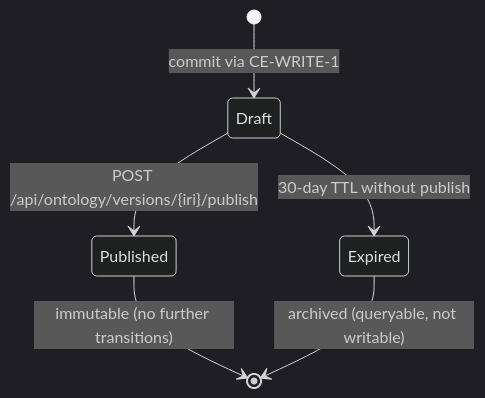
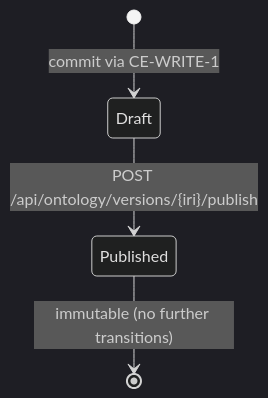
Before and after one commit to gazzwi86/weave: the diagram in docs/specs/weave/engines/constitution-engine/m1/tasks/TASK-002.md, drawn with Mermaid (dark theme). The commit also changed other lines of this file and 38 other files, not shown here.

````diff
--- a/docs/specs/weave/engines/constitution-engine/m1/tasks/TASK-002.md
+++ b/docs/specs/weave/engines/constitution-engine/m1/tasks/TASK-002.md
@@ -73,8 +75,6 @@
 ```mermaid
 stateDiagram-v2
     [*] --> Draft : commit via CE-WRITE-1
     Draft --> Published : POST /api/ontology/versions/{iri}/publish
-    Draft --> Expired : 30-day TTL without publish
     Published --> [*] : immutable (no further transitions)
-    Expired --> [*] : archived (queryable, not writable)
 ```
````
